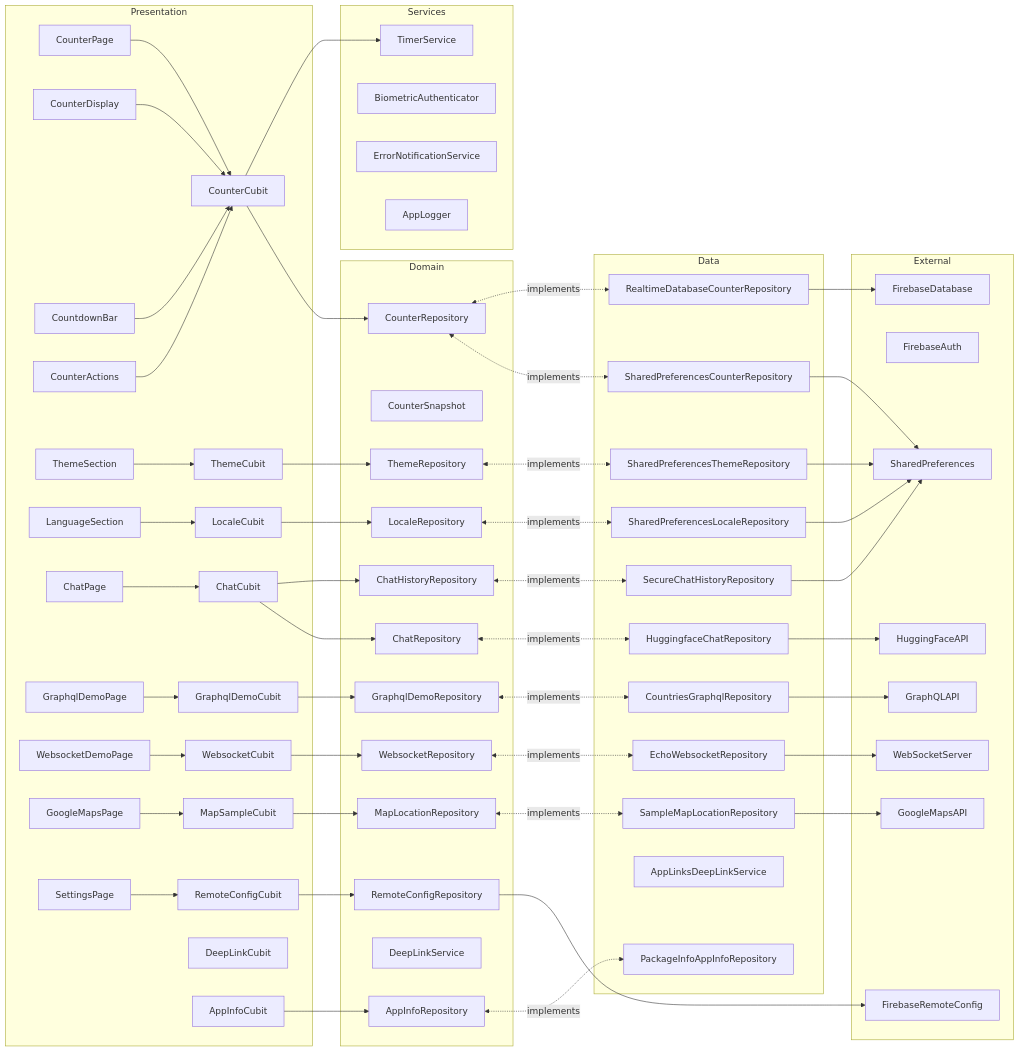
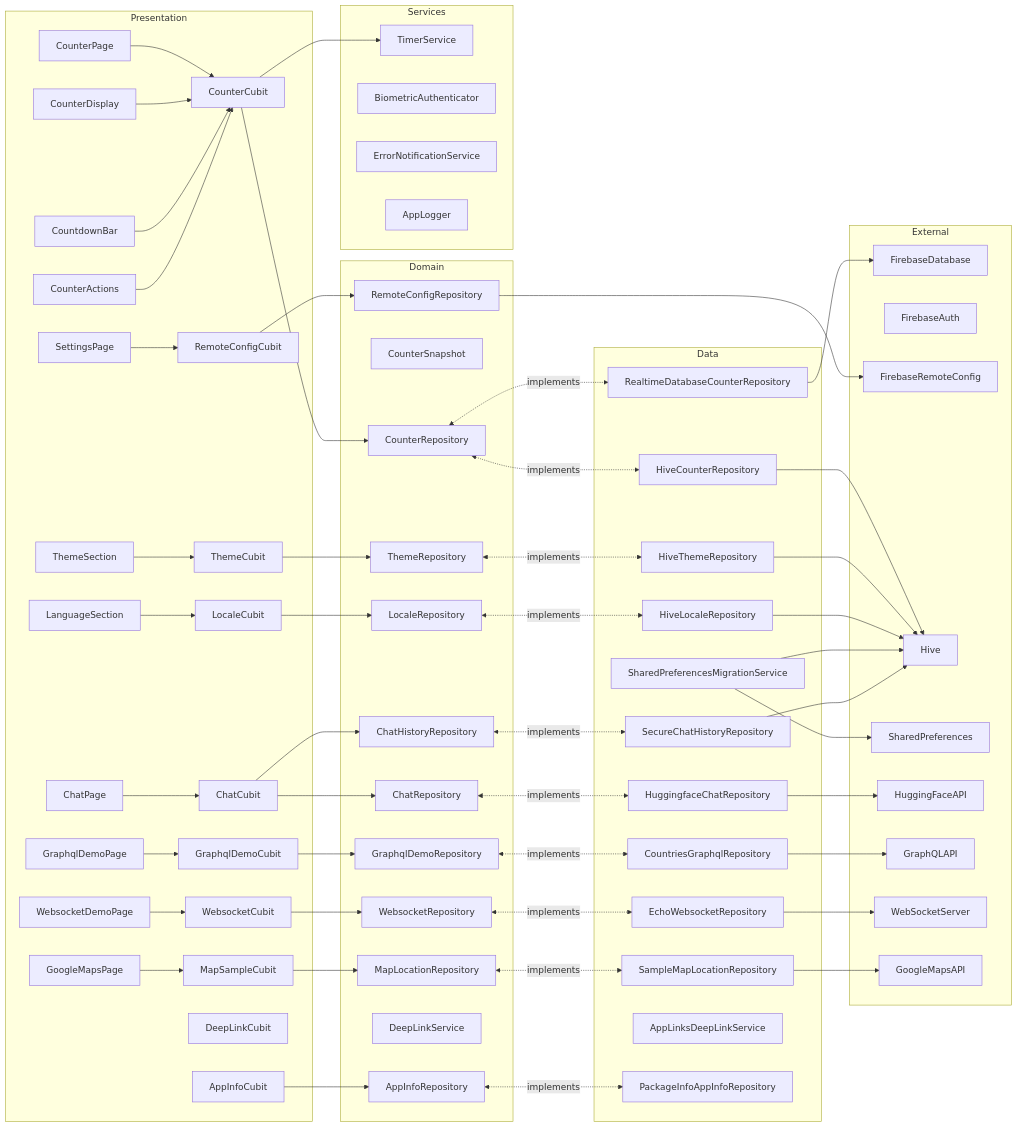
The first of 3 diagrams in README.md (redjadet/flutter_bloc_app), drawn with Mermaid before and after one commit. The commit also changed other lines of this file and 88 other files, not shown here.

First line of the commit message:
Update dependencies and migrate storage from SharedPreferences to Hive

```diff
--- a/README.md
+++ b/README.md
@@ -209,10 +221,11 @@
   end
 
   subgraph Data
-    SharedPreferencesCounterRepository
+    HiveCounterRepository
     RealtimeDatabaseCounterRepository
-    SharedPreferencesThemeRepository
-    SharedPreferencesLocaleRepository
+    HiveThemeRepository
+    HiveLocaleRepository
+    SharedPreferencesMigrationService
     HuggingfaceChatRepository
     SecureChatHistoryRepository
     CountriesGraphqlRepository
@@ -234,6 +247,7 @@
     FirebaseDatabase
     FirebaseAuth
     FirebaseRemoteConfig
+    Hive
     SharedPreferences
     HuggingFaceAPI
     GraphQLAPI
@@ -247,19 +261,21 @@
   CounterActions --> CounterCubit
   CounterCubit --> CounterRepository
   CounterCubit --> TimerService
-  CounterRepository <-.implements .-> SharedPreferencesCounterRepository
+  CounterRepository <-.implements .-> HiveCounterRepository
   CounterRepository <-.implements .-> RealtimeDatabaseCounterRepository
-  SharedPreferencesCounterRepository --> SharedPreferences
+  HiveCounterRepository --> Hive
   RealtimeDatabaseCounterRepository --> FirebaseDatabase
 
   ThemeSection --> ThemeCubit
   LanguageSection --> LocaleCubit
   ThemeCubit --> ThemeRepository
   LocaleCubit --> LocaleRepository
-  ThemeRepository <-.implements .-> SharedPreferencesThemeRepository
-  LocaleRepository <-.implements .-> SharedPreferencesLocaleRepository
-  SharedPreferencesThemeRepository --> SharedPreferences
-  SharedPreferencesLocaleRepository --> SharedPreferences
+  ThemeRepository <-.implements .-> HiveThemeRepository
+  LocaleRepository <-.implements .-> HiveLocaleRepository
+  HiveThemeRepository --> Hive
+  HiveLocaleRepository --> Hive
+  SharedPreferencesMigrationService --> Hive
+  SharedPreferencesMigrationService --> SharedPreferences
 
   ChatPage --> ChatCubit
   ChatCubit --> ChatRepository
@@ -267,7 +283,7 @@
   ChatRepository <-.implements .-> HuggingfaceChatRepository
   ChatHistoryRepository <-.implements .-> SecureChatHistoryRepository
   HuggingfaceChatRepository --> HuggingFaceAPI
-  SecureChatHistoryRepository --> SharedPreferences
+  SecureChatHistoryRepository --> Hive
 
   GraphqlDemoPage --> GraphqlDemoCubit
   GraphqlDemoCubit --> GraphqlDemoRepository
```
